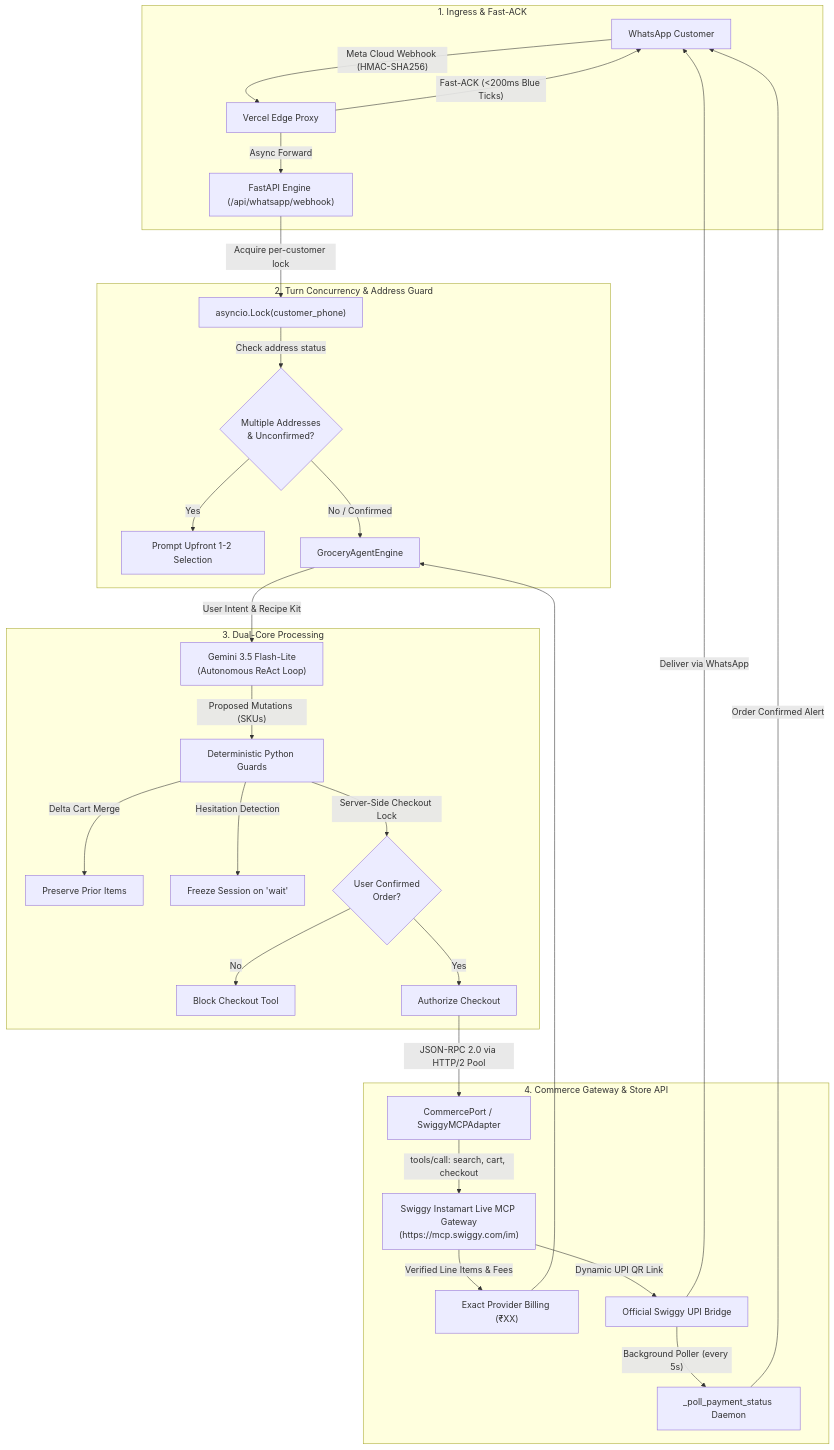
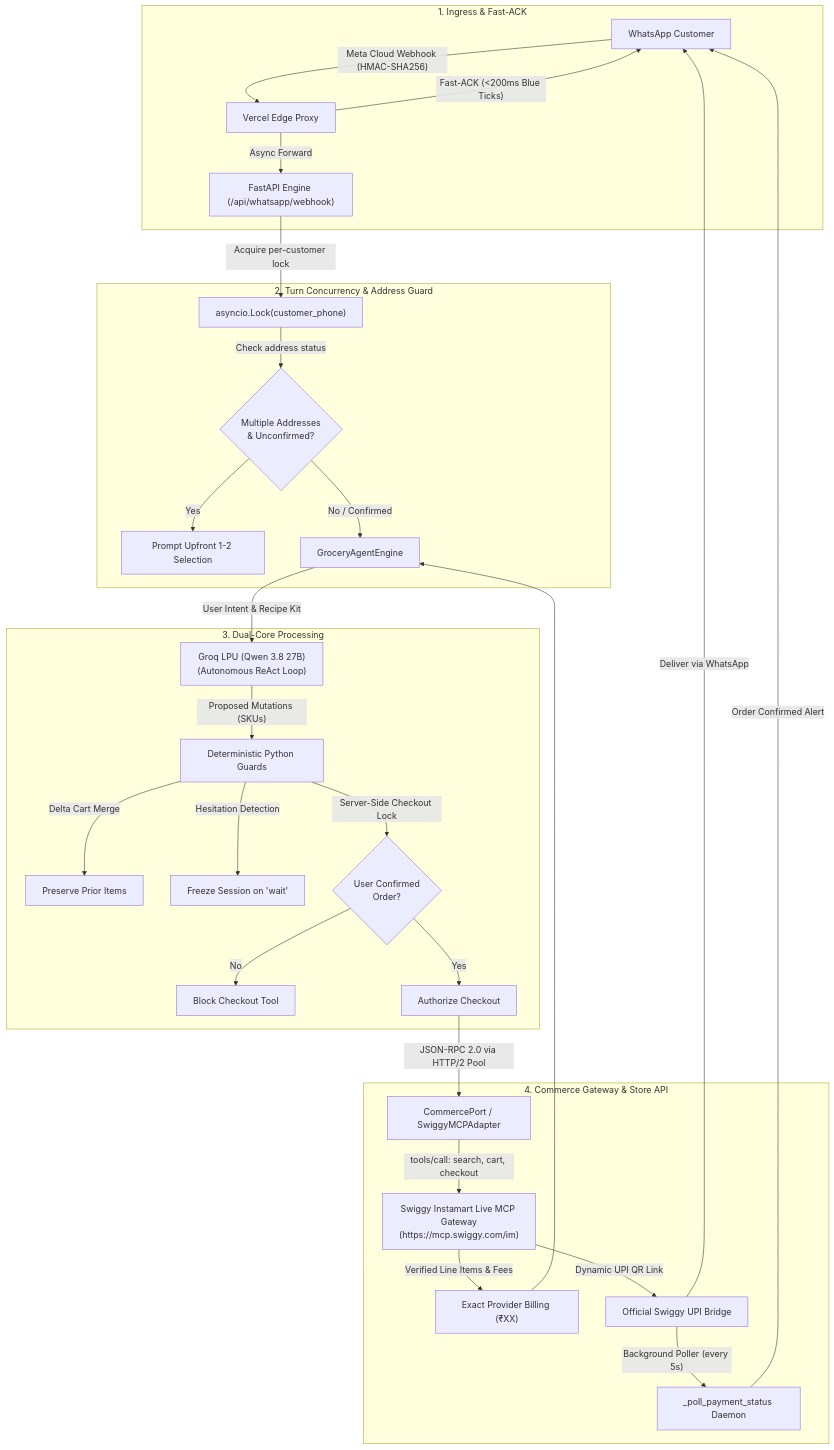
Before and after one commit to kwakhare5/Grocer: the diagram in ARCHITECTURE.md, drawn with Mermaid. The commit also changed other lines of this file and 39 other files, not shown here.

First line of the commit message:
feat(llm): migrate conversation engine from Gemini to Groq LPU (Qwen 3.8 27B) and OpenRouter

````diff
--- a/ARCHITECTURE.md
+++ b/ARCHITECTURE.md
@@ -12,37 +12,37 @@
 ```mermaid
 flowchart TD
     subgraph Ingress ["1. Ingress & Fast-ACK"]
         WA["WhatsApp Customer"] -->|"Meta Cloud Webhook (HMAC-SHA256)"| Vercel["Vercel Edge Proxy"]
         Vercel -->|"Fast-ACK (<200ms Blue Ticks)"| WA
         Vercel -->|"Async Forward"| FastAPI["FastAPI Engine (/api/whatsapp/webhook)"]
     end
 
     subgraph Concurrency ["2. Turn Concurrency & Address Guard"]
         FastAPI -->|"Acquire per-customer lock"| Lock["asyncio.Lock(customer_phone)"]
         Lock -->|"Check address status"| AddrGuard{"Multiple Addresses\n& Unconfirmed?"}
         AddrGuard -->|"Yes"| AddrPrompt["Prompt Upfront 1-2 Selection"]
         AddrGuard -->|"No / Confirmed"| Engine["GroceryAgentEngine"]
     end
 
     subgraph DualCore ["3. Dual-Core Processing"]
-        Engine -->|"User Intent & Recipe Kit"| Gemini["Gemini 3.5 Flash-Lite\n(Autonomous ReAct Loop)"]
-        Gemini -->|"Proposed Mutations (SKUs)"| Guards["Deterministic Python Guards"]
+        Engine -->|"User Intent & Recipe Kit"| LLM["Groq LPU (Qwen 3.8 27B)\n(Autonomous ReAct Loop)"]
+        LLM -->|"Proposed Mutations (SKUs)"| Guards["Deterministic Python Guards"]
         Guards -->|"Delta Cart Merge"| Merge["Preserve Prior Items"]
         Guards -->|"Hesitation Detection"| Hold["Freeze Session on 'wait'"]
         Guards -->|"Server-Side Checkout Lock"| Gate{"User Confirmed\nOrder?"}
         Gate -->|"No"| Block["Block Checkout Tool"]
         Gate -->|"Yes"| Auth["Authorize Checkout"]
     end
 
     subgraph Commerce ["4. Commerce Gateway & Store API"]
         Auth -->|"JSON-RPC 2.0 via HTTP/2 Pool"| Port["CommercePort / SwiggyMCPAdapter"]
         Port -->|"tools/call: search, cart, checkout"| MCP["Swiggy Instamart Live MCP Gateway\n(https://mcp.swiggy.com/im)"]
         MCP -->|"Verified Line Items & Fees"| Bill["Exact Provider Billing (₹XX)"]
         MCP -->|"Dynamic UPI QR Link"| PayLink["Official Swiggy UPI Bridge"]
         PayLink -->|"Background Poller (every 5s)"| Poller["_poll_payment_status Daemon"]
     end
 
     Bill --> Engine
     PayLink -->|"Deliver via WhatsApp"| WA
     Poller -->|"Order Confirmed Alert"| WA
 ```
````
